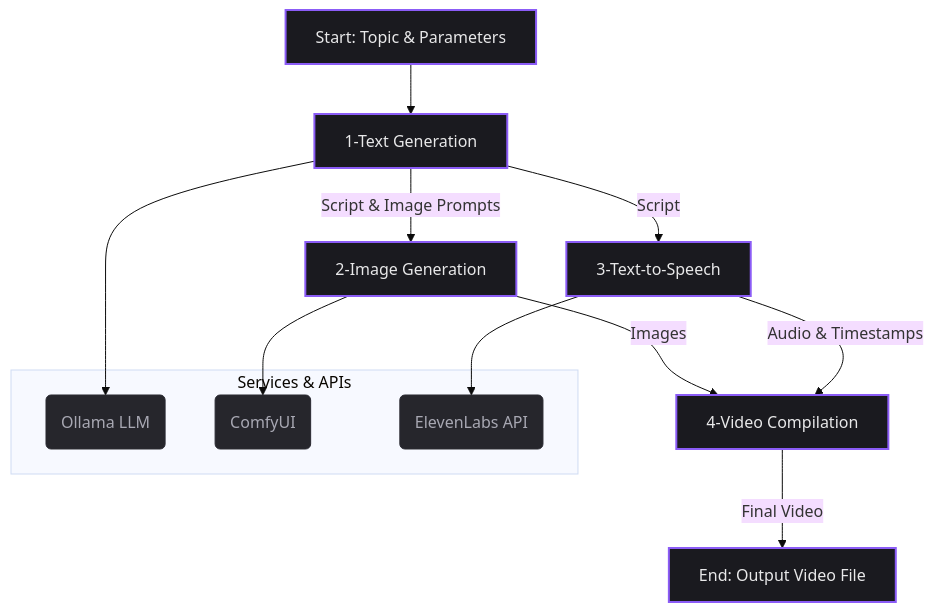
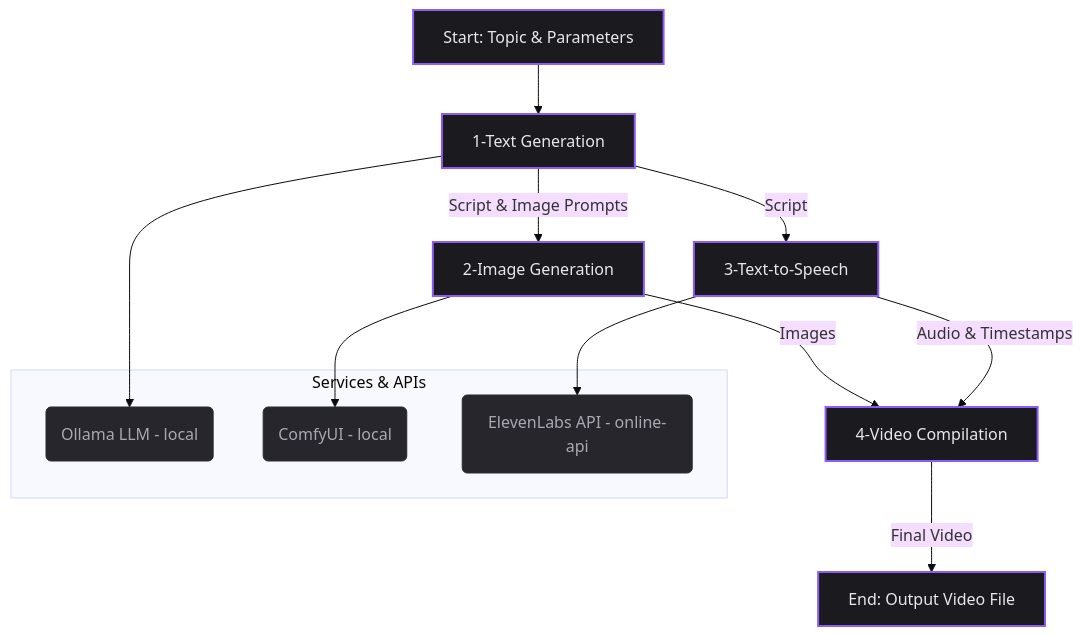
Before and after one commit to MaLoskins/Milkfish-DIT: the first of 2 diagrams in README.md, drawn with Mermaid (base theme).

````diff
--- a/README.md
+++ b/README.md
@@ -55,24 +55,24 @@
 ```mermaid
 graph TD
     A[Start: Topic & Parameters] --> B[1-Text Generation];
     B -- Script & Image Prompts --> C[2-Image Generation];
     B -- Script --> D[3-Text-to-Speech];
     C -- Images --> E[4-Video Compilation];
     D -- Audio & Timestamps --> E;
     E -- Final Video --> F[End: Output Video File];
 
     subgraph "Services & APIs"
-        G(Ollama LLM)
-        H(ComfyUI)
-        I(ElevenLabs API)
+        G(Ollama LLM - local)
+        H(ComfyUI - local)
+        I(ElevenLabs API - online-api)
     end
 
     B --> G;
     C --> H;
     D --> I;
 
     classDef main fill:#1a1a1f,stroke:#8b5cf6,stroke-width:2px,color:#e8e8e9;
     classDef service fill:#26262c,stroke:#2a2a32,stroke-width:1px,color:#a8a8b3;
     class A,B,C,D,E,F main;
     class G,H,I service;
 ```
````
